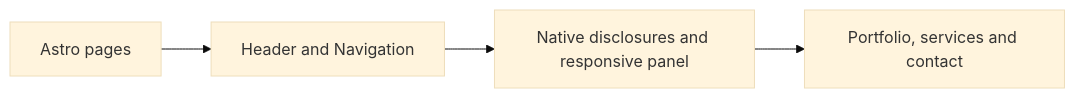
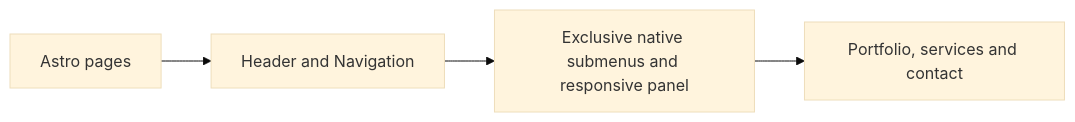
One commit to anoblet/astronautical-apogee changed the diagram in src/components/readme.md. Above: the diagram before and after it, drawn with Mermaid (base theme). The commit also changed other lines of this file and 1 other file, not shown here.

Commit message:
fix(navigation): allow only one submenu open at a time

````diff
--- a/src/components/readme.md
+++ b/src/components/readme.md
@@ -9,6 +11,6 @@
 ```mermaid
 flowchart LR
   Routes[Astro pages] --> Header[Header and Navigation]
-  Header --> Menu[Native disclosures and responsive panel]
+  Header --> Menu[Exclusive native submenus and responsive panel]
   Menu --> Destinations[Portfolio, services and contact]
 ```
````
